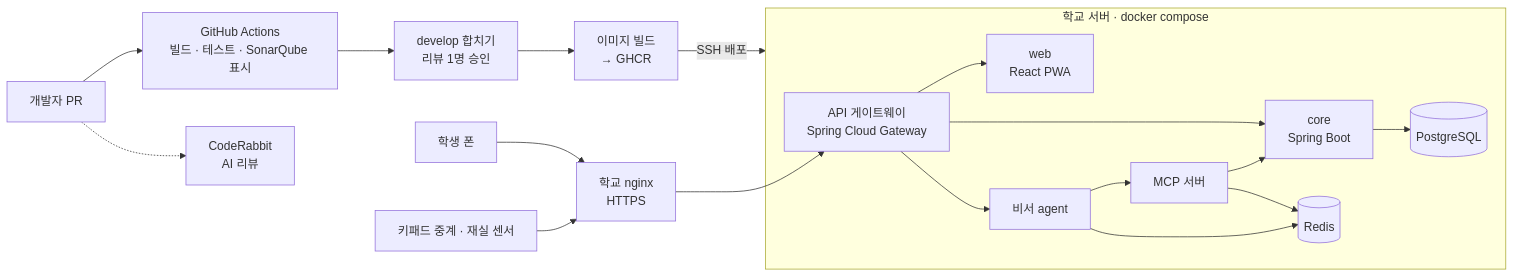
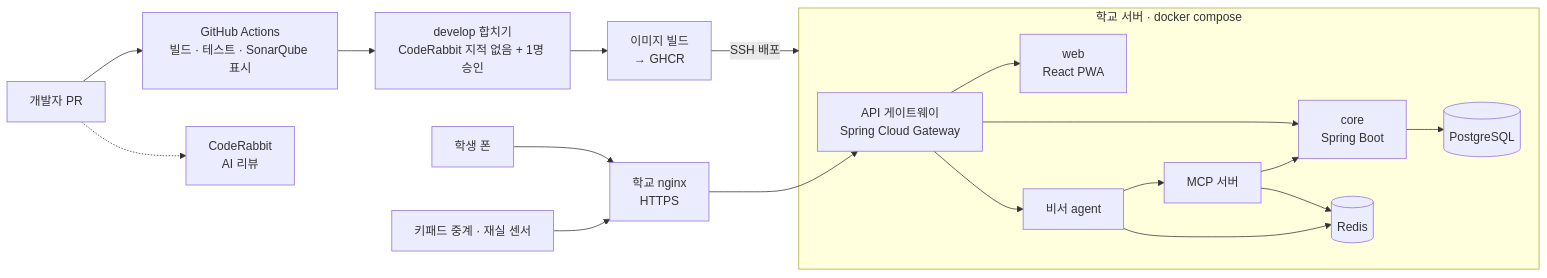
One commit to AI-go-do/docs changed the first of 2 diagrams in infra/infra-cicd.md. Above: the diagram before and after it, drawn with Mermaid. The commit also changed other lines of this file and 4 other files, not shown here.

````diff
--- a/infra/infra-cicd.md
+++ b/infra/infra-cicd.md
@@ -7,22 +7,22 @@
 ```mermaid
 flowchart LR
     dev[개발자 PR] --> ci[GitHub Actions<br/>빌드 · 테스트 · SonarQube 표시]
     dev -.-> cr[CodeRabbit<br/>AI 리뷰]
-    ci --> merge[develop 합치기<br/>리뷰 1명 승인]
+    ci --> merge[develop 합치기<br/>CodeRabbit 지적 없음 + 1명 승인]
     merge --> img[이미지 빌드<br/>→ GHCR]
     img -->|SSH 배포| srv
 
     subgraph srv[학교 서버 · docker compose]
         gw[API 게이트웨이<br/>Spring Cloud Gateway] --> front[web<br/>React PWA]
         gw --> core[core<br/>Spring Boot]
         gw --> agent[비서 agent]
         agent --> mcp[MCP 서버]
         mcp --> core
         agent --> redis[(Redis)]
         mcp --> redis
         core --> db[(PostgreSQL)]
     end
 
     phone[학생 폰] --> ngx[학교 nginx<br/>HTTPS] --> gw
     dev2[키패드 중계 · 재실 센서] --> ngx
 ```
````
